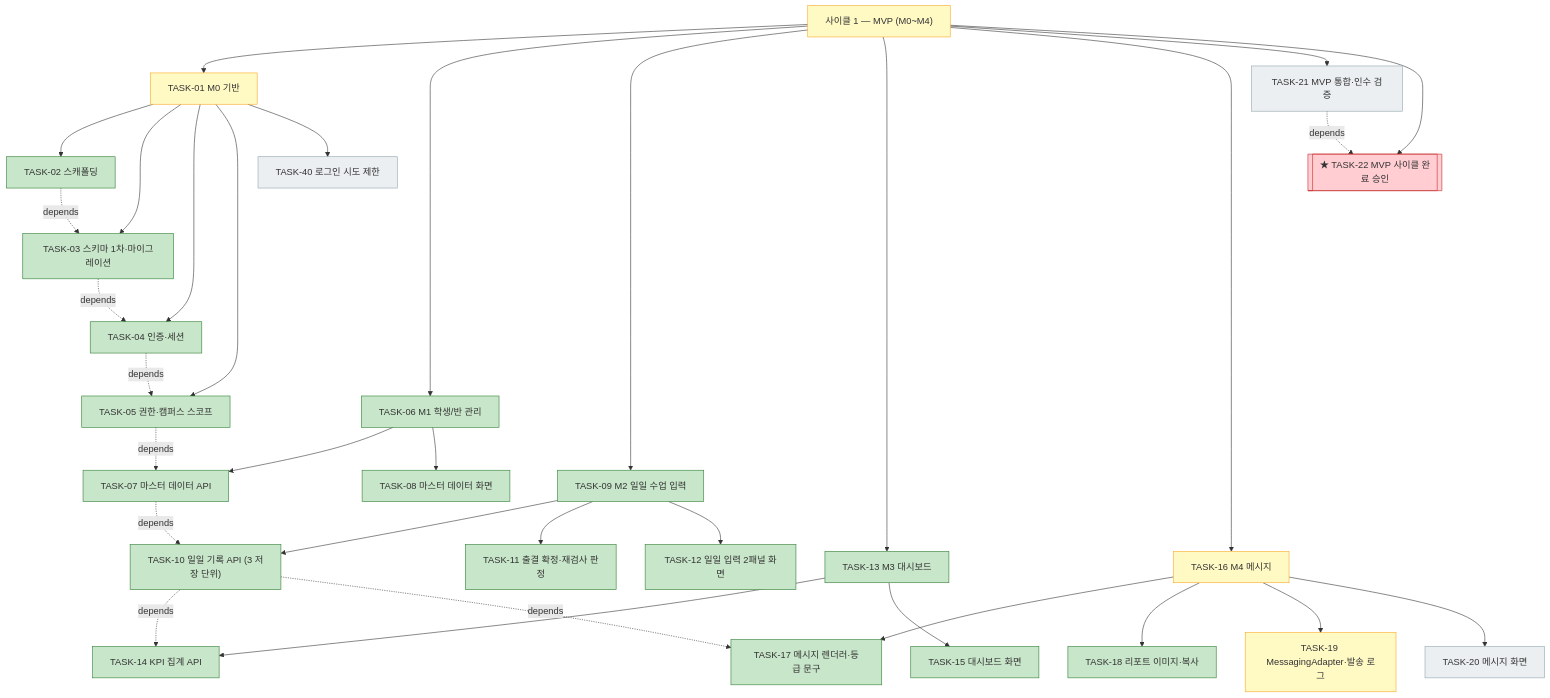
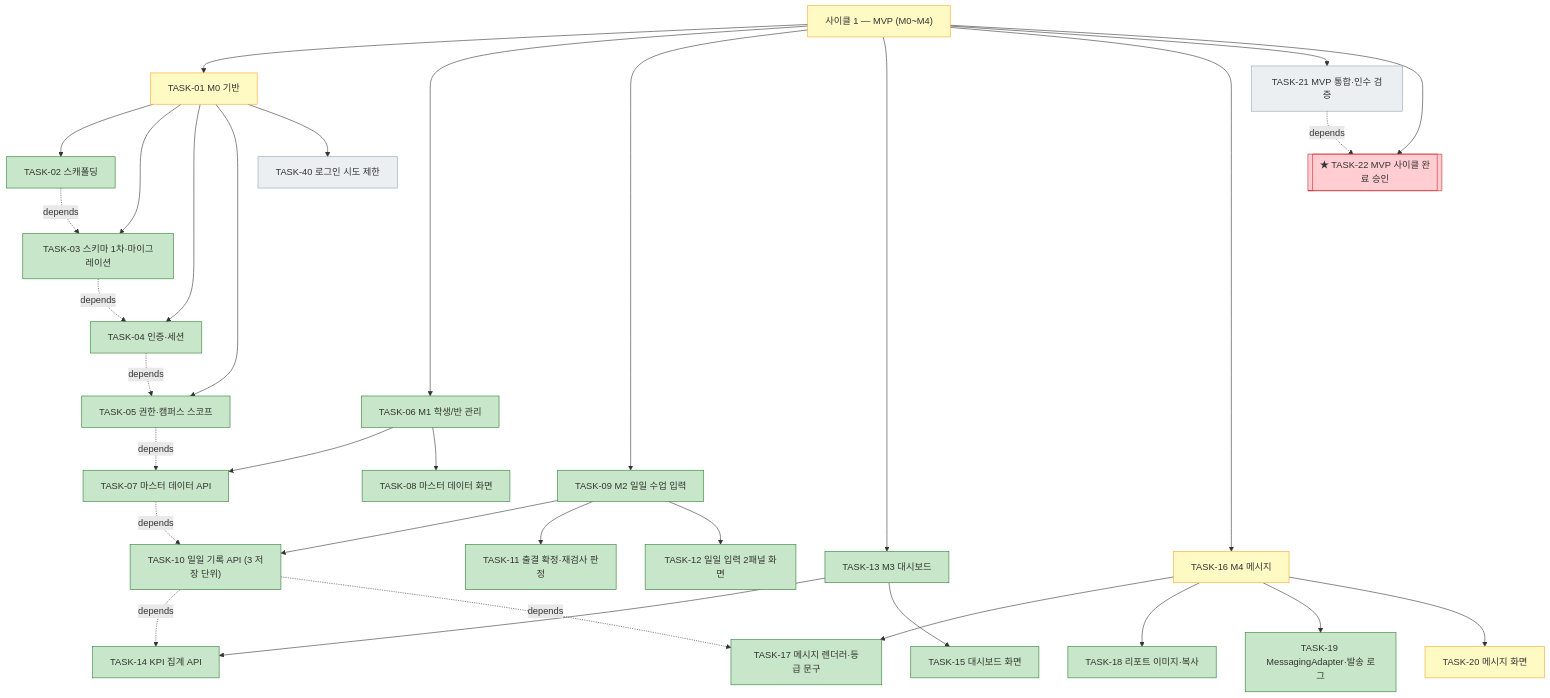
The first of 3 diagrams in docs/plan.md (bluesky5008/mathdesk), drawn with Mermaid before and after one commit. The commit also changed other lines of this file and 6 other files, not shown here.

First line of the commit message:
feat(messaging): TASK-19 MessagingAdapter와 발송 로그

````diff
--- a/docs/plan.md
+++ b/docs/plan.md
@@ -105,39 +105,39 @@
 ```mermaid
 flowchart TD
     C1["사이클 1 — MVP (M0~M4)"]:::active
     C1 --> T01["TASK-01 M0 기반"]:::active
     T01 --> T02["TASK-02 스캐폴딩"]:::done
     T01 --> T03["TASK-03 스키마 1차·마이그레이션"]:::done
     T01 --> T04["TASK-04 인증·세션"]:::done
     T01 --> T05["TASK-05 권한·캠퍼스 스코프"]:::done
     T01 --> T40["TASK-40 로그인 시도 제한"]:::todo
     C1 --> T06["TASK-06 M1 학생/반 관리"]:::done
     T06 --> T07["TASK-07 마스터 데이터 API"]:::done
     T06 --> T08["TASK-08 마스터 데이터 화면"]:::done
     C1 --> T09["TASK-09 M2 일일 수업 입력"]:::done
     T09 --> T10["TASK-10 일일 기록 API (3 저장 단위)"]:::done
     T09 --> T11["TASK-11 출결 확정·재검사 판정"]:::done
     T09 --> T12["TASK-12 일일 입력 2패널 화면"]:::done
     C1 --> T13["TASK-13 M3 대시보드"]:::done
     T13 --> T14["TASK-14 KPI 집계 API"]:::done
     T13 --> T15["TASK-15 대시보드 화면"]:::done
     C1 --> T16["TASK-16 M4 메시지"]:::active
     T16 --> T17["TASK-17 메시지 렌더러·등급 문구"]:::done
     T16 --> T18["TASK-18 리포트 이미지·복사"]:::done
-    T16 --> T19["TASK-19 MessagingAdapter·발송 로그"]:::active
-    T16 --> T20["TASK-20 메시지 화면"]:::todo
+    T16 --> T19["TASK-19 MessagingAdapter·발송 로그"]:::done
+    T16 --> T20["TASK-20 메시지 화면"]:::active
     C1 --> T21["TASK-21 MVP 통합·인수 검증"]:::todo
     C1 --> T22[["★ TASK-22 MVP 사이클 완료 승인"]]:::gate
     T02 -. depends .-> T03
     T03 -. depends .-> T04
     T04 -. depends .-> T05
     T05 -. depends .-> T07
     T07 -. depends .-> T10
     T10 -. depends .-> T14
     T10 -. depends .-> T17
     T21 -. depends .-> T22
     classDef done fill:#c8e6c9,stroke:#2e7d32
     classDef active fill:#fff9c4,stroke:#f9a825
     classDef todo fill:#eceff1,stroke:#90a4ae
     classDef gate fill:#ffcdd2,stroke:#c62828
 ```
````
